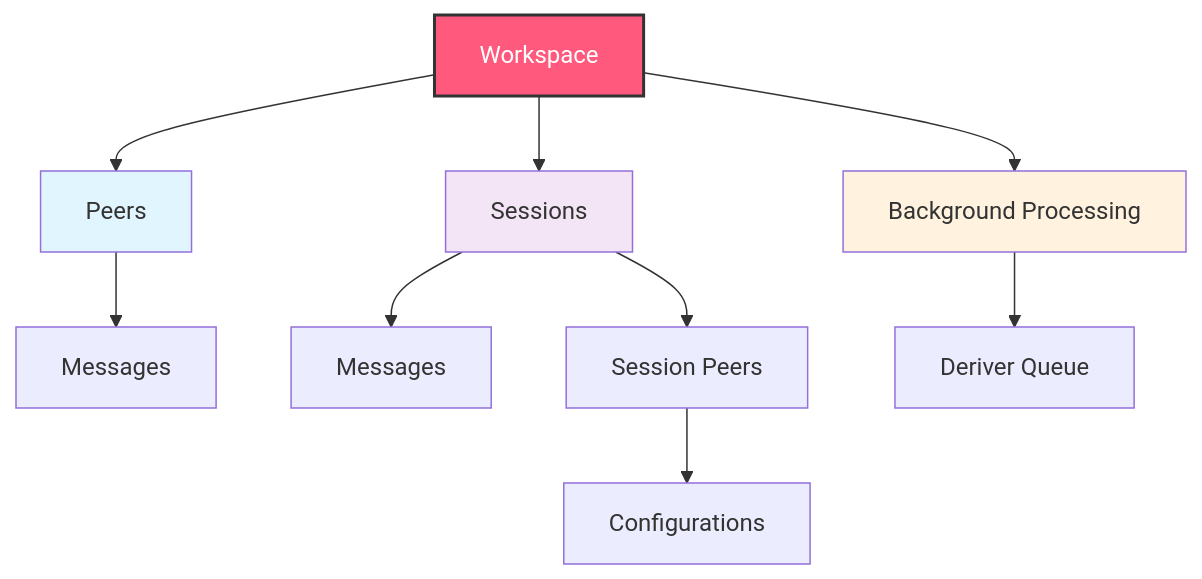
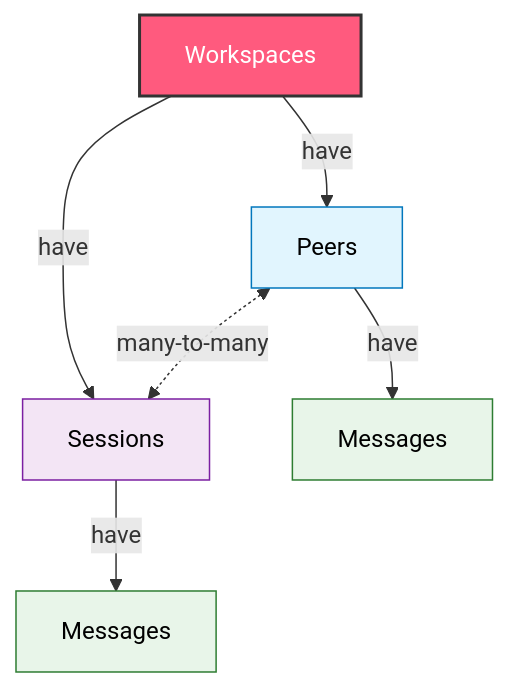
Before and after one commit to plastic-labs/honcho: the diagram in docs/v2/documentation/core-concepts/architecture.mdx, drawn with Mermaid. The commit also changed other lines of this file and 12 other files, not shown here.

````diff
--- a/docs/v2/documentation/core-concepts/architecture.mdx
+++ b/docs/v2/documentation/core-concepts/architecture.mdx
@@ -11,16 +25,17 @@
 ```mermaid
-graph TD
-    W[Workspace] --> P[Peers]
-    W --> S[Sessions]
-    W --> D[Background Processing]
-    P --> PM[Messages]
-    S --> SM[Messages]
-    S --> SP[Session Peers]
-    SP --> Config[Configurations]
-    D --> DQ[Deriver Queue]
-    
-    style W fill:#FF5A7E,stroke:#333,stroke-width:2px,color:#fff
-    style P fill:#e1f5fe
-    style S fill:#f3e5f5
-    style D fill:#fff3e0
+ graph TD
+      W[Workspaces] -->|have| P[Peers]
+      W -->|have| S[Sessions]
+
+      P -->|have| PM[Messages]
+
+      S -->|have| SM[Messages]
+
+      P <-.->|many-to-many| S
+
+      style W fill:#FF5A7E,stroke:#333,stroke-width:2px,color:#fff
+      style P fill:#e1f5fe,stroke:#0277bd,color:#000
+      style S fill:#f3e5f5,stroke:#7b1fa2,color:#000
+      style PM fill:#e8f5e9,stroke:#2e7d32,color:#000
+      style SM fill:#e8f5e9,stroke:#2e7d32,color:#000
 ```
````
